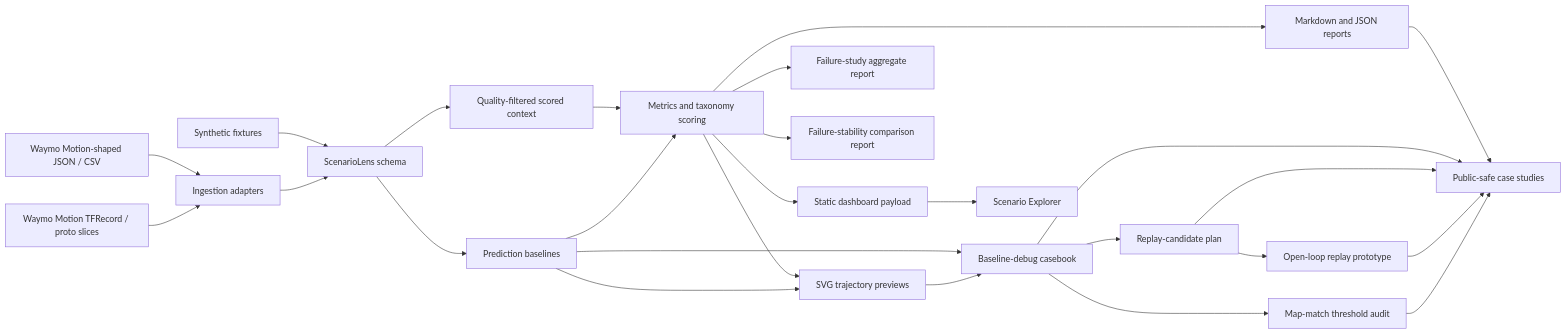
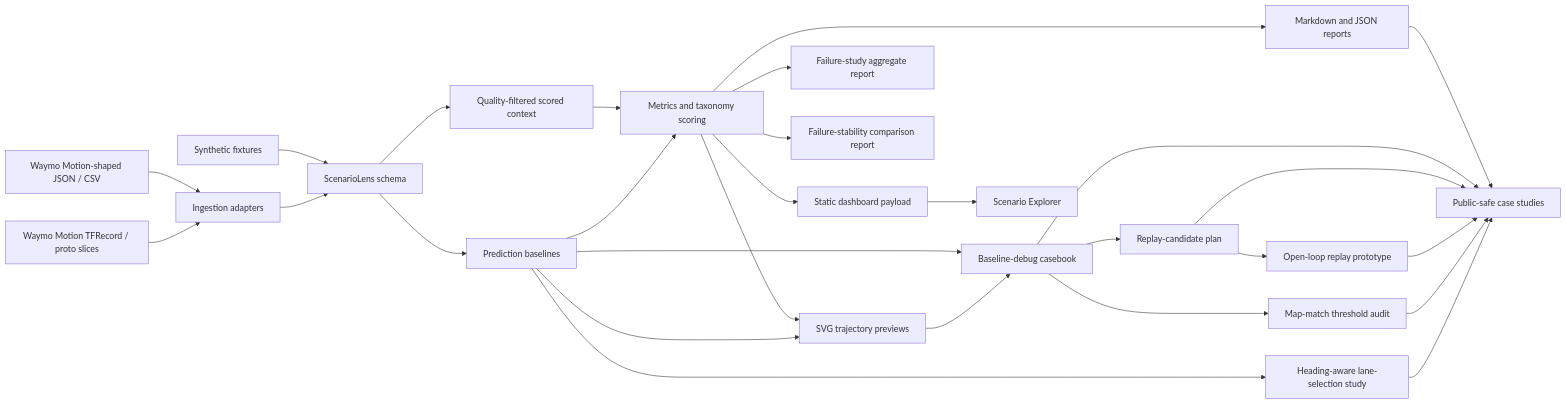
The diagram in docs/architecture.md (ethanvillalovoz/scenariolens), drawn with Mermaid before and after one commit. The commit also changed other lines of this file and 23 other files, not shown here.

Commit message:
Add heading-aware lane selection study

````diff
--- a/docs/architecture.md
+++ b/docs/architecture.md
@@ -5,28 +5,30 @@
 ```mermaid
 flowchart LR
     A["Synthetic fixtures"] --> D["ScenarioLens schema"]
     B["Waymo Motion-shaped JSON / CSV"] --> C["Ingestion adapters"]
     M["Waymo Motion TFRecord / proto slices"] --> C
     C --> D
     D --> E["Quality-filtered scored context"]
     D --> P["Prediction baselines"]
     E --> F["Metrics and taxonomy scoring"]
     P --> F
     F --> G["Markdown and JSON reports"]
     F --> H["SVG trajectory previews"]
     P --> H
     F --> L["Failure-study aggregate report"]
     F --> N["Failure-stability comparison report"]
+    P --> U["Heading-aware lane-selection study"]
     P --> Q["Baseline-debug casebook"]
     H --> Q
     Q --> R["Replay-candidate plan"]
     R --> S["Open-loop replay prototype"]
     Q --> T["Map-match threshold audit"]
     F --> I["Static dashboard payload"]
     I --> J["Scenario Explorer"]
     G --> K["Public-safe case studies"]
     Q --> K
     R --> K
     S --> K
     T --> K
+    U --> K
 ```
````
